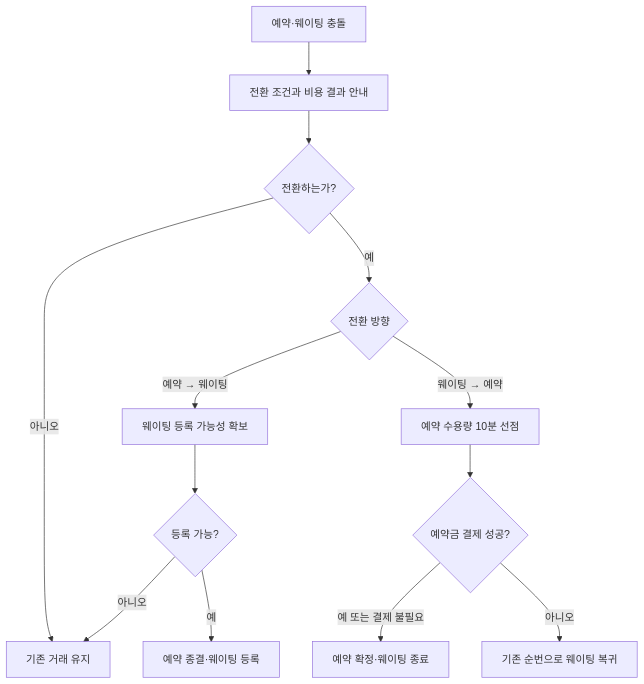
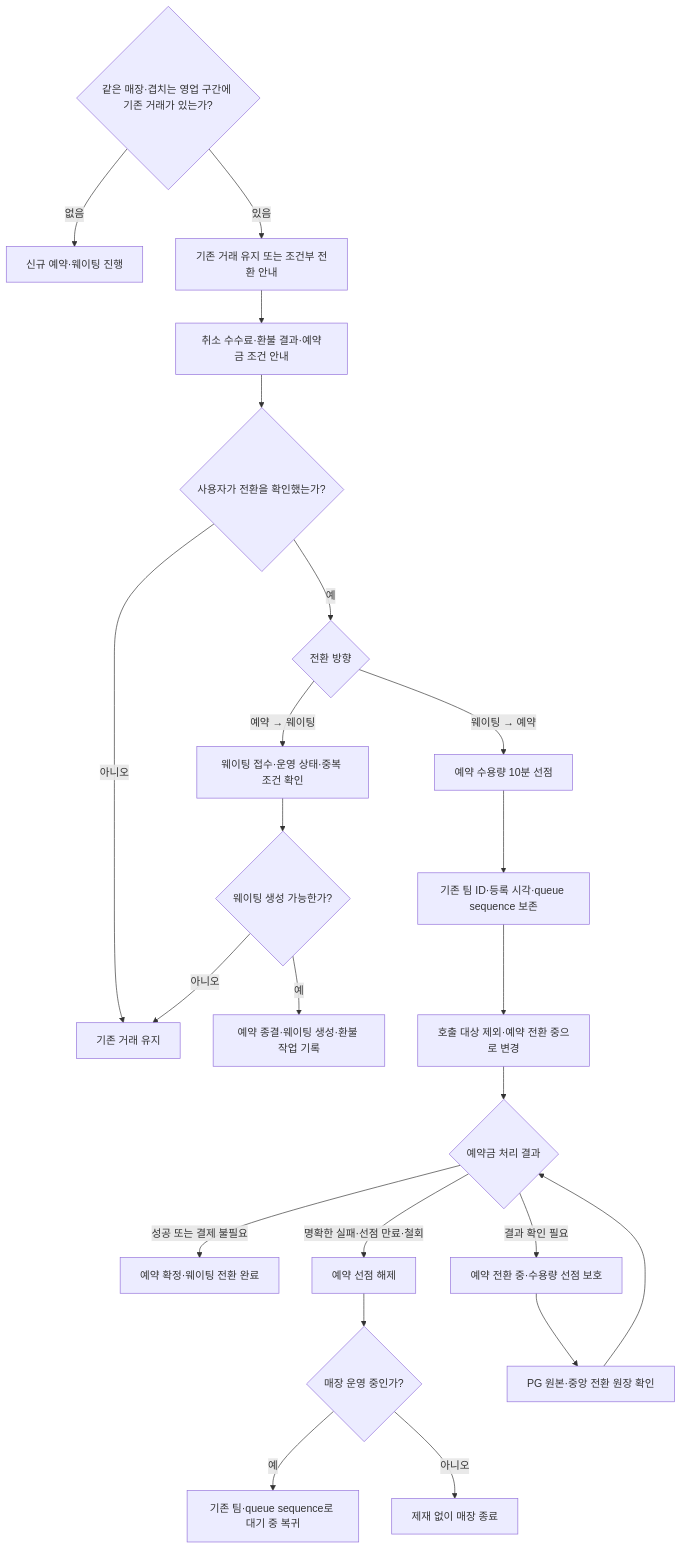
One commit to sparta-spring4/Commerce-Final-Project-MiriYum changed the fourth of 6 diagrams in docs/flowcharts/flowchart.md. Above: the diagram before and after it, drawn with Mermaid. The commit also changed other lines of this file, not shown here.

Commit message:
docs: MVP 비즈니스 플로우의 상태·결제·전환 표현 정비

````diff
--- a/docs/flowcharts/flowchart.md
+++ b/docs/flowcharts/flowchart.md
@@ -302,18 +312,31 @@
 ```mermaid
 flowchart TD
-    A["예약·웨이팅 충돌"] --> B["전환 조건과 비용 결과 안내"]
-    B --> C{"전환하는가?"}
+    A{"같은 매장·겹치는 영업 구간에 기존 거래가 있는가?"}
+    A -- "없음" --> B["신규 예약·웨이팅 진행"]
+    A -- "있음" --> C["기존 거래 유지 또는 조건부 전환 안내"]
+    C --> D["취소 수수료·환불 결과·예약금 조건 안내"]
+    D --> E{"사용자가 전환을 확인했는가?"}
 
-    C -- "아니오" --> D["기존 거래 유지"]
-    C -- "예" --> E{"전환 방향"}
+    E -- "아니오" --> F["기존 거래 유지"]
+    E -- "예" --> G{"전환 방향"}
 
-    E -- "예약 → 웨이팅" --> F["웨이팅 등록 가능성 확보"]
-    F --> G{"등록 가능?"}
-    G -- "아니오" --> D
-    G -- "예" --> H["예약 종결·웨이팅 등록"]
+    G -- "예약 → 웨이팅" --> H["웨이팅 접수·운영 상태·중복 조건 확인"]
+    H --> I{"웨이팅 생성 가능한가?"}
+    I -- "아니오" --> F
+    I -- "예" --> J["예약 종결·웨이팅 생성·환불 작업 기록"]
 
-    E -- "웨이팅 → 예약" --> I["예약 수용량 10분 선점"]
-    I --> J{"예약금 결제 성공?"}
-    J -- "예 또는 결제 불필요" --> K["예약 확정·웨이팅 종료"]
-    J -- "아니오" --> L["기존 순번으로 웨이팅 복귀"]
+    G -- "웨이팅 → 예약" --> K["예약 수용량 10분 선점"]
+    K --> L["기존 팀 ID·등록 시각·queue sequence 보존"]
+    L --> M["호출 대상 제외·예약 전환 중으로 변경"]
+    M --> N{"예약금 처리 결과"}
+
+    N -- "성공 또는 결제 불필요" --> O["예약 확정·웨이팅 전환 완료"]
+    N -- "명확한 실패·선점 만료·철회" --> P["예약 선점 해제"]
+    P --> Q{"매장 운영 중인가?"}
+    Q -- "예" --> R["기존 팀·queue sequence로 대기 중 복귀"]
+    Q -- "아니오" --> S["제재 없이 매장 종료"]
+
+    N -- "결과 확인 필요" --> T["예약 전환 중·수용량 선점 보호"]
+    T --> U["PG 원본·중앙 전환 원장 확인"]
+    U --> N
 ```
````
